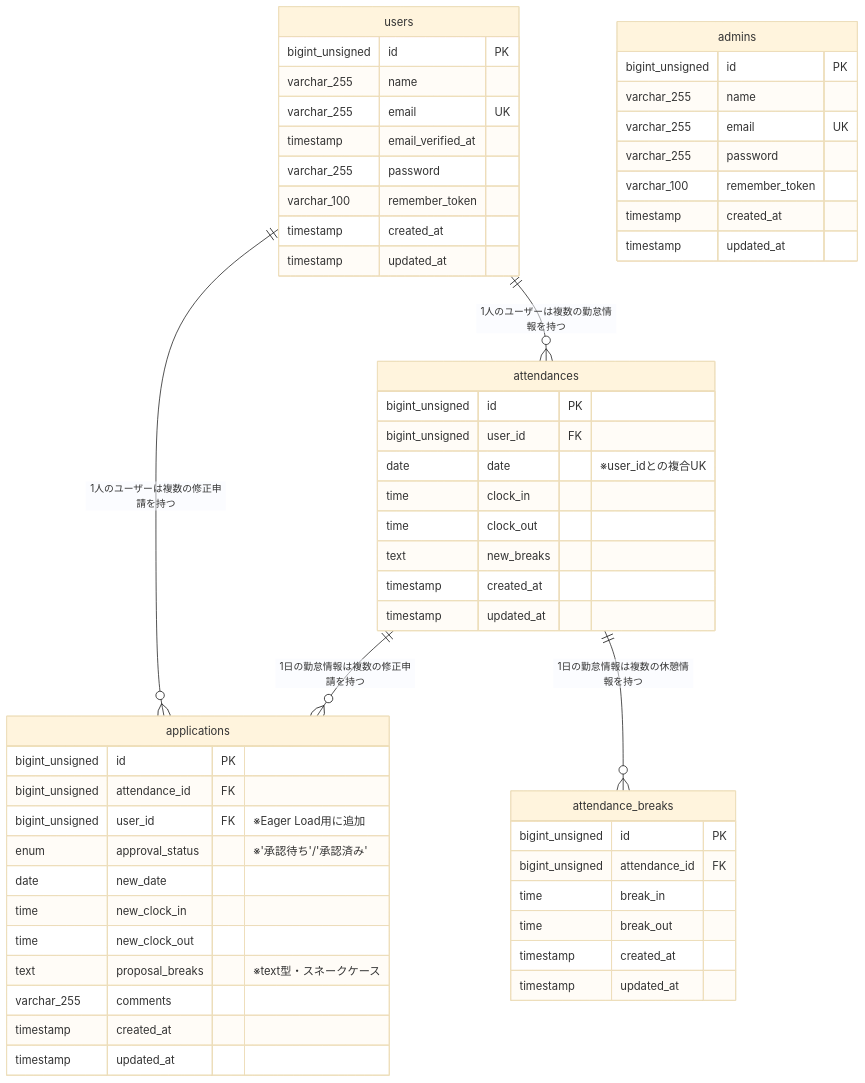
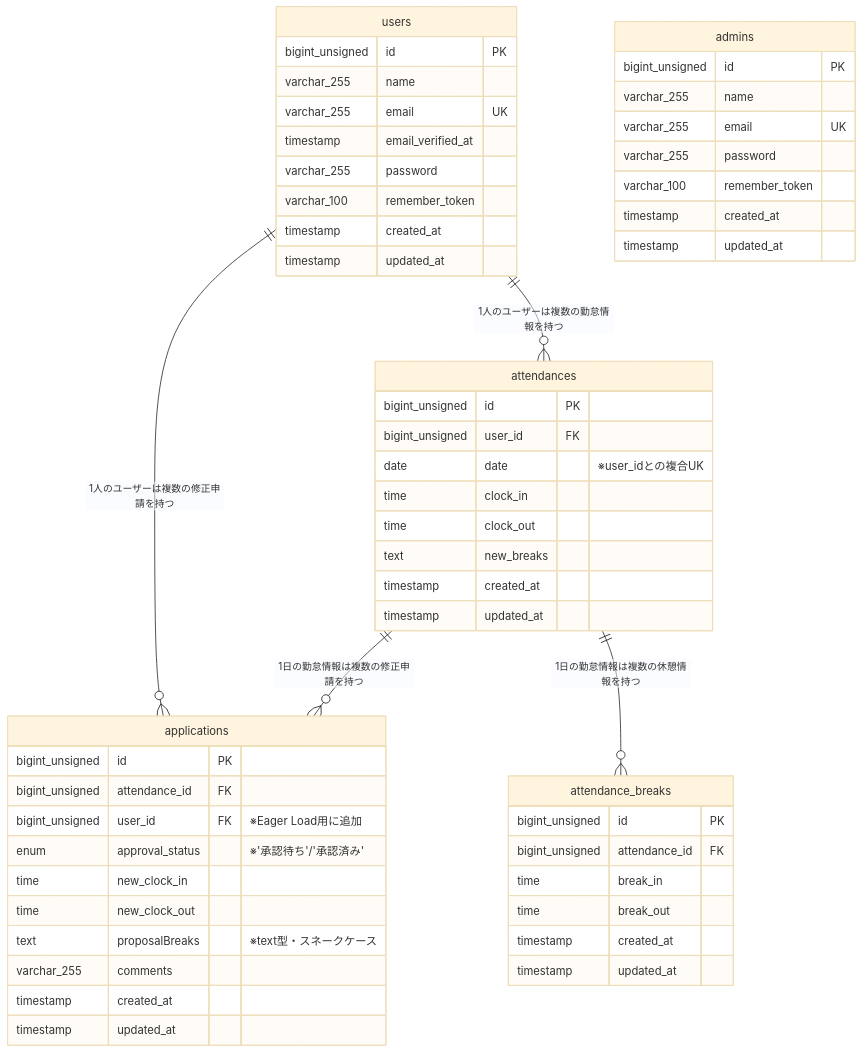
One commit to Ma-Namba/attendance-app changed the diagram in README.md. Above: the diagram before and after it, drawn with Mermaid (base theme). The commit also changed 7 other files, not shown here.

````diff
--- a/README.md
+++ b/README.md
@@ -115,58 +115,57 @@
 ```mermaid
 erDiagram
     users ||--o{ attendances: "1人のユーザーは複数の勤怠情報を持つ"
     users ||--o{ applications: "1人のユーザーは複数の修正申請を持つ"
     attendances ||--o{ applications: "1日の勤怠情報は複数の修正申請を持つ"
     attendances ||--o{ attendance_breaks: "1日の勤怠情報は複数の休憩情報を持つ"
 
     users {
         bigint_unsigned id PK
         varchar_255 name
         varchar_255 email UK
         timestamp email_verified_at
         varchar_255 password
         varchar_100 remember_token
         timestamp created_at
         timestamp updated_at
     }
     admins {
         bigint_unsigned id PK
         varchar_255 name
         varchar_255 email UK
         varchar_255 password
         varchar_100 remember_token
         timestamp created_at
         timestamp updated_at
     }
     attendances {
         bigint_unsigned id PK
         bigint_unsigned user_id FK
         date date "※user_idとの複合UK"
         time clock_in
         time clock_out
         text new_breaks
         timestamp created_at
         timestamp updated_at
     }
     applications {
         bigint_unsigned id PK
         bigint_unsigned attendance_id FK
         bigint_unsigned user_id FK "※Eager Load用に追加"
         enum approval_status "※'承認待ち'/'承認済み'"
-        date new_date
         time new_clock_in
         time new_clock_out
-        text proposal_breaks "※text型・スネークケース"
+        text proposalBreaks "※text型・スネークケース"
         varchar_255 comments
         timestamp created_at
         timestamp updated_at
     }
     attendance_breaks {
         bigint_unsigned id PK
         bigint_unsigned attendance_id FK
         time break_in
         time break_out
         timestamp created_at
         timestamp updated_at
     }
 ```
````
